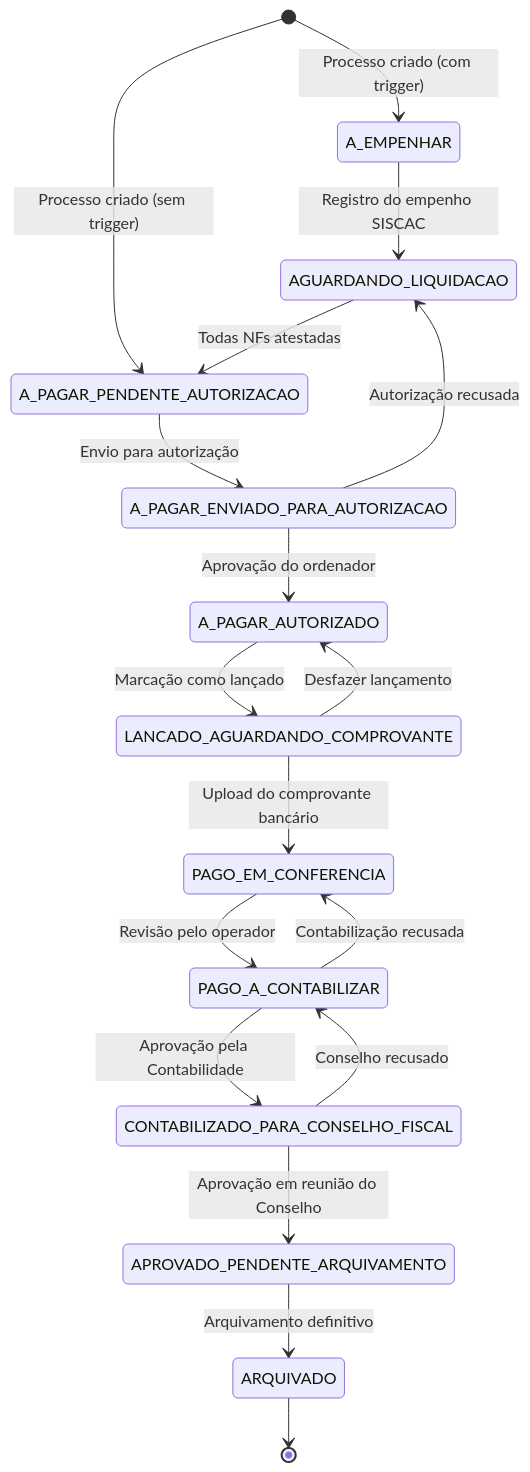
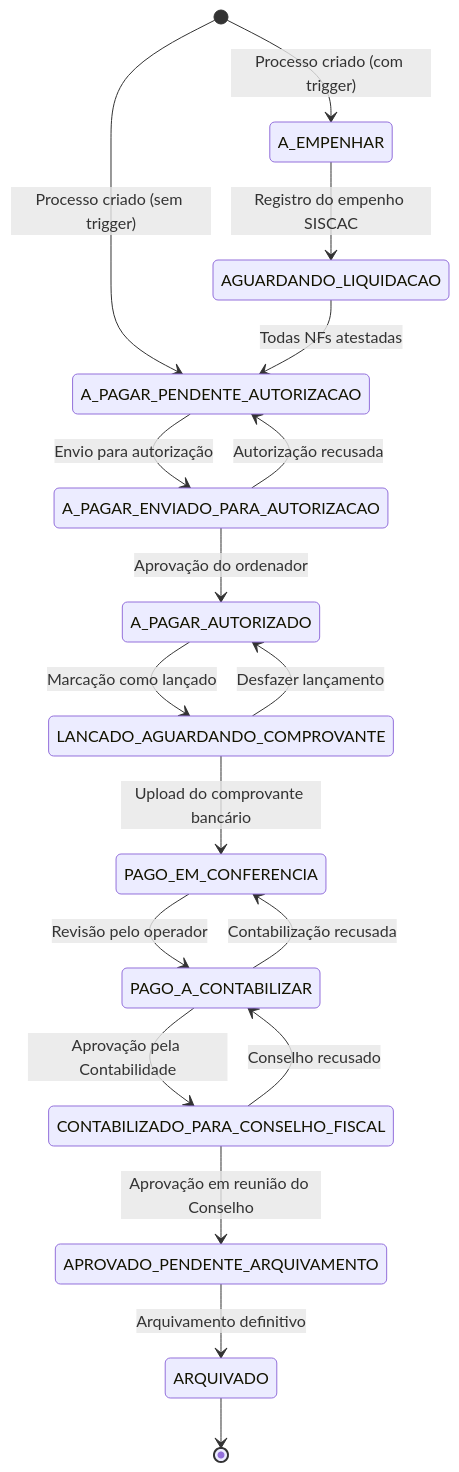
Before and after one commit to BS15/DjangoProject: the diagram in docs/fluxos/pagamentos.md, drawn with Mermaid. The commit also changed other lines of this file and 1 other file, not shown here.

````diff
--- a/docs/fluxos/pagamentos.md
+++ b/docs/fluxos/pagamentos.md
@@ -11,22 +11,22 @@
 ```mermaid
 stateDiagram-v2
     [*] --> A_EMPENHAR : Processo criado (com trigger)
     [*] --> A_PAGAR_PENDENTE_AUTORIZACAO : Processo criado (sem trigger)
 
     A_EMPENHAR --> AGUARDANDO_LIQUIDACAO : Registro do empenho SISCAC
     AGUARDANDO_LIQUIDACAO --> A_PAGAR_PENDENTE_AUTORIZACAO : Todas NFs atestadas
     A_PAGAR_PENDENTE_AUTORIZACAO --> A_PAGAR_ENVIADO_PARA_AUTORIZACAO : Envio para autorização
     A_PAGAR_ENVIADO_PARA_AUTORIZACAO --> A_PAGAR_AUTORIZADO : Aprovação do ordenador
     A_PAGAR_AUTORIZADO --> LANCADO_AGUARDANDO_COMPROVANTE : Marcação como lançado
     LANCADO_AGUARDANDO_COMPROVANTE --> PAGO_EM_CONFERENCIA : Upload do comprovante bancário
     PAGO_EM_CONFERENCIA --> PAGO_A_CONTABILIZAR : Revisão pelo operador
     PAGO_A_CONTABILIZAR --> CONTABILIZADO_PARA_CONSELHO_FISCAL : Aprovação pela Contabilidade
     CONTABILIZADO_PARA_CONSELHO_FISCAL --> APROVADO_PENDENTE_ARQUIVAMENTO : Aprovação em reunião do Conselho
     APROVADO_PENDENTE_ARQUIVAMENTO --> ARQUIVADO : Arquivamento definitivo
     ARQUIVADO --> [*]
 
-    A_PAGAR_ENVIADO_PARA_AUTORIZACAO --> AGUARDANDO_LIQUIDACAO : Autorização recusada
+    A_PAGAR_ENVIADO_PARA_AUTORIZACAO --> A_PAGAR_PENDENTE_AUTORIZACAO : Autorização recusada
     PAGO_A_CONTABILIZAR --> PAGO_EM_CONFERENCIA : Contabilização recusada
     CONTABILIZADO_PARA_CONSELHO_FISCAL --> PAGO_A_CONTABILIZAR : Conselho recusado
     LANCADO_AGUARDANDO_COMPROVANTE --> A_PAGAR_AUTORIZADO : Desfazer lançamento
 ```
````
